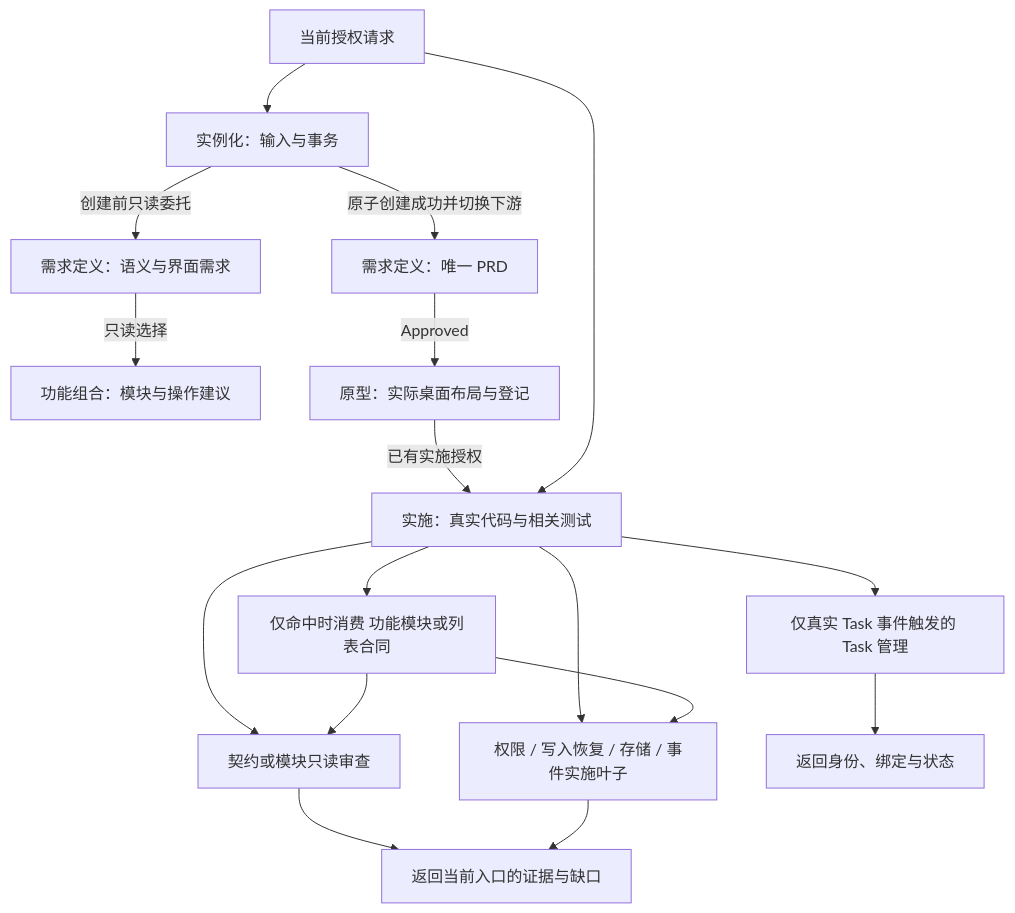
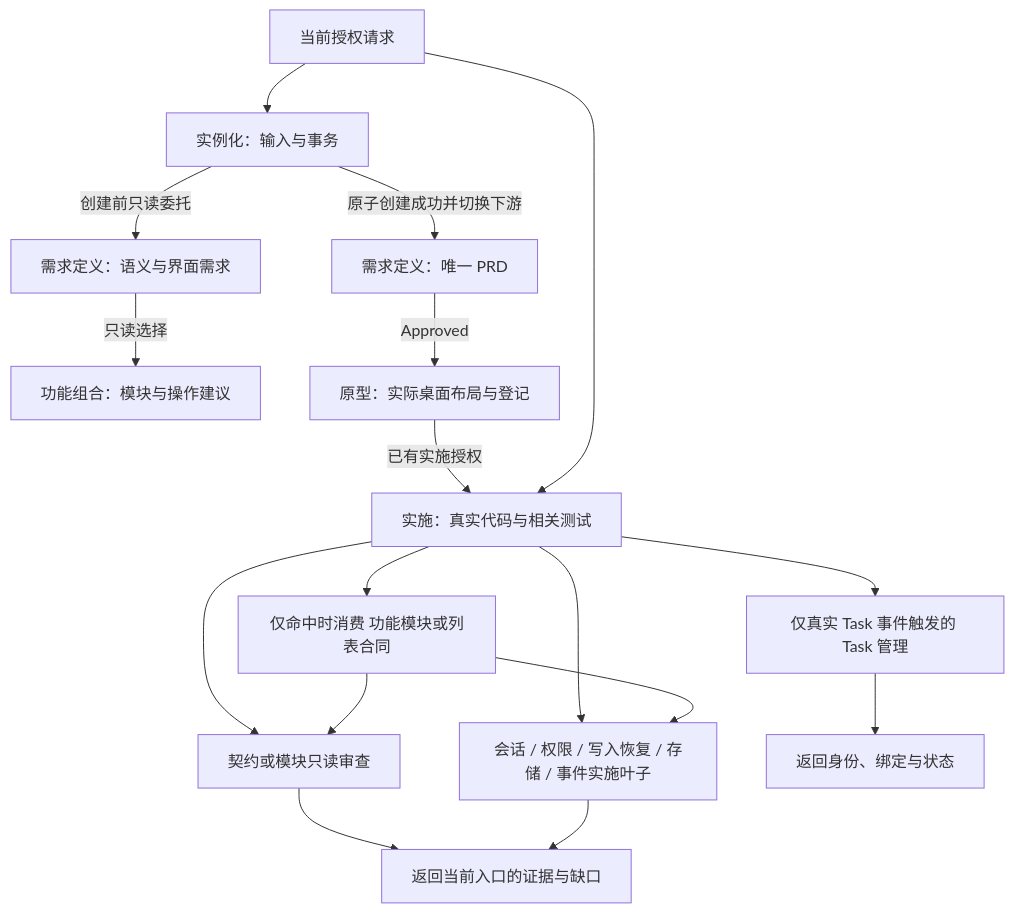
One commit to BFTools366/bifang-web-extension-harness-template changed the diagram in docs/harness_engineering/skill_composition.md. Above: the diagram before and after it, drawn with Mermaid. The commit also changed other lines of this file and 122 other files, not shown here.

````diff
--- a/docs/harness_engineering/skill_composition.md
+++ b/docs/harness_engineering/skill_composition.md
@@ -55,19 +56,19 @@
 ```mermaid
 flowchart TD
   request[当前授权请求] --> create[实例化：输入与事务]
   create -->|创建前只读委托| analysis[需求定义：语义与界面需求]
   analysis -->|只读选择| selection[功能组合：模块与操作建议]
   create -->|原子创建成功并切换下游| define[需求定义：唯一 PRD]
   define -->|Approved| prototype[原型：实际桌面布局与登记]
   prototype -->|已有实施授权| entry[实施：真实代码与相关测试]
   request --> entry
   entry --> domain[仅命中时消费 功能模块或列表合同]
   entry --> review[契约或模块只读审查]
   domain --> review
-  entry --> leaf[权限 / 写入恢复 / 存储 / 事件实施叶子]
+  entry --> leaf[会话 / 权限 / 写入恢复 / 存储 / 事件实施叶子]
   domain --> leaf
   review --> evidence[返回当前入口的证据与缺口]
   leaf --> evidence
   entry --> task[仅真实 Task 事件触发的 Task 管理]
   task --> identity[返回身份、绑定与状态]
 ```
````
